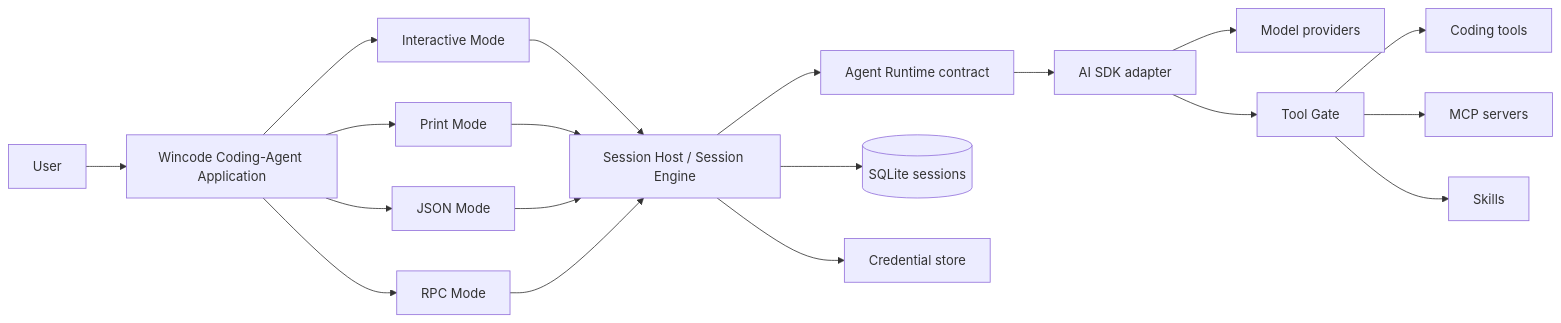
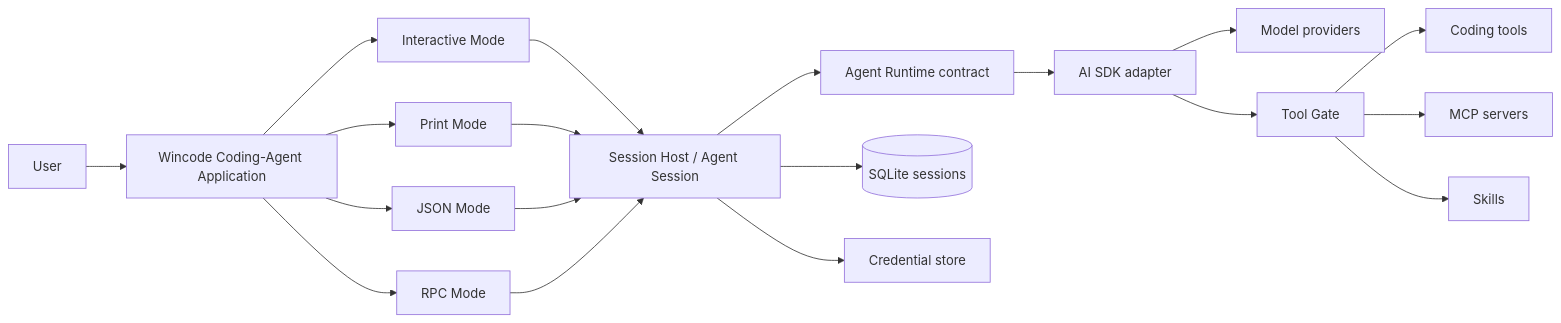
One commit to sonwjnn/wincode changed the diagram in ARCHITECTURE.md. Above: the diagram before and after it, drawn with Mermaid. The commit also changed other lines of this file and 42 other files, not shown here.

First line of the commit message:
feat(sessions): add AgentSession continuation and unbounded turns

````diff
--- a/ARCHITECTURE.md
+++ b/ARCHITECTURE.md
@@ -10,21 +10,21 @@
 ```mermaid
 flowchart LR
     User --> App[Wincode Coding-Agent Application]
     App --> Interactive[Interactive Mode]
     App --> Print[Print Mode]
     App --> JSON[JSON Mode]
     App --> RPC[RPC Mode]
-    Interactive --> Session[Session Host / Session Engine]
+    Interactive --> Session[Session Host / Agent Session]
     Print --> Session
     JSON --> Session
     RPC --> Session
     Session --> Core[Agent Runtime contract]
     Core --> Runtime[AI SDK adapter]
     Runtime --> Providers[Model providers]
     Runtime --> Gate[Tool Gate]
     Gate --> Tools[Coding tools]
     Gate --> MCP[MCP servers]
     Gate --> Skills[Skills]
     Session --> Store[(SQLite sessions)]
     Session --> Secrets[Credential store]
 ```
````
